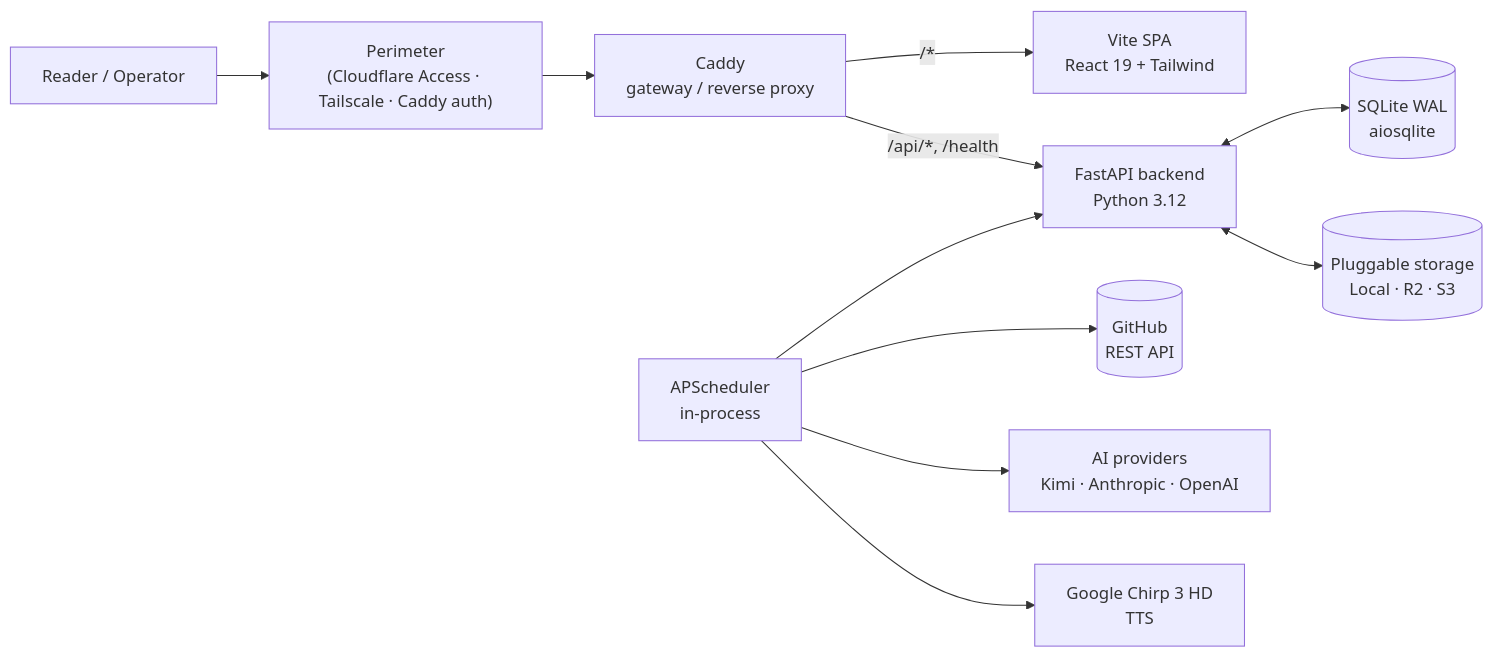
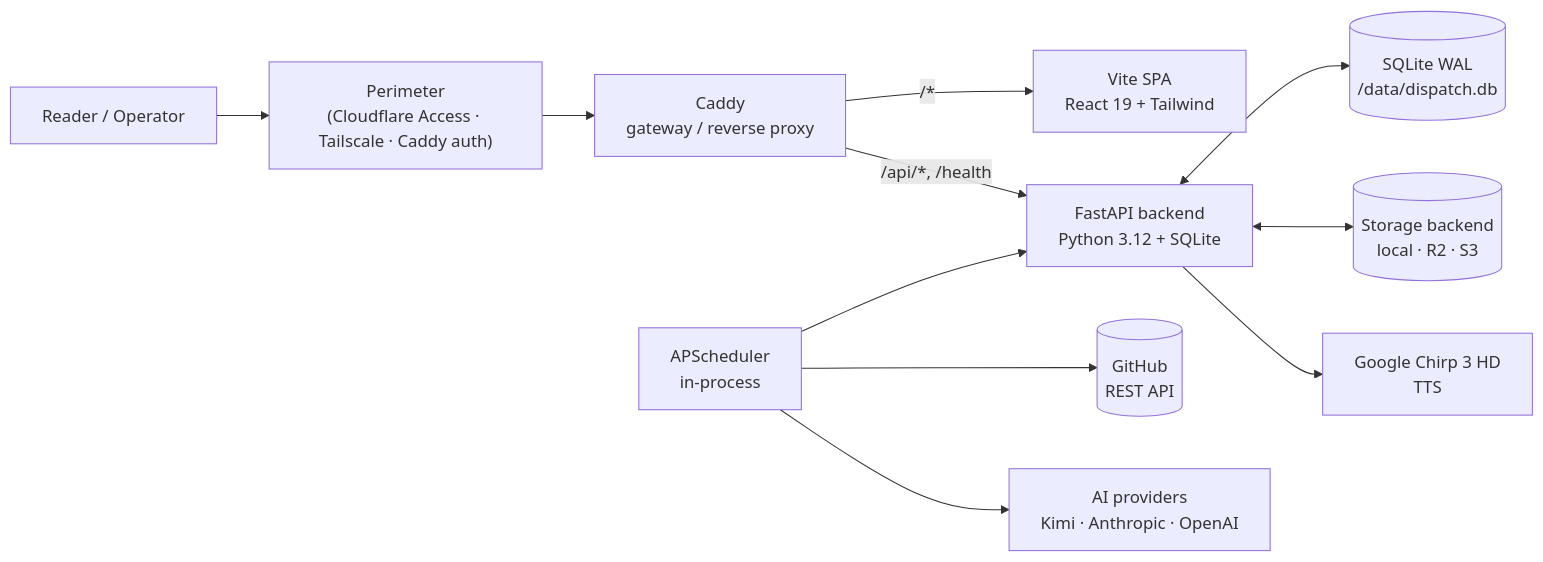
Before and after one commit to markdavidgan/dispatch: the first of 2 diagrams in docs/architecture/README.md, drawn with Mermaid. The commit also changed other lines of this file and 4 other files, not shown here.

First line of the commit message:
docs(architecture): restructure docs around two deployment modes

````diff
--- a/docs/architecture/README.md
+++ b/docs/architecture/README.md
@@ -36,24 +38,24 @@
 ```mermaid
 flowchart LR
     user["Reader / Operator"]
     perimeter["Perimeter<br/>(Cloudflare Access · Tailscale · Caddy auth)"]
     caddy["Caddy<br/>gateway / reverse proxy"]
     spa["Vite SPA<br/>React 19 + Tailwind"]
-    api["FastAPI backend<br/>Python 3.12"]
-    db[("SQLite WAL<br/>aiosqlite")]
+    api["FastAPI backend<br/>Python 3.12 + SQLite"]
+    db[("SQLite WAL<br/>/data/dispatch.db")]
     sched["APScheduler<br/>in-process"]
-    storage[("Pluggable storage<br/>Local · R2 · S3")]
+    storage[("Storage backend<br/>local · R2 · S3")]
     github[("GitHub<br/>REST API")]
     ai["AI providers<br/>Kimi · Anthropic · OpenAI"]
     tts["Google Chirp 3 HD<br/>TTS"]
 
     user --> perimeter --> caddy
     caddy -->|"/*"| spa
     caddy -->|"/api/*, /health"| api
     api <--> db
     api <--> storage
     sched --> api
     sched --> github
     sched --> ai
-    sched --> tts
+    api --> tts
 ```
````
